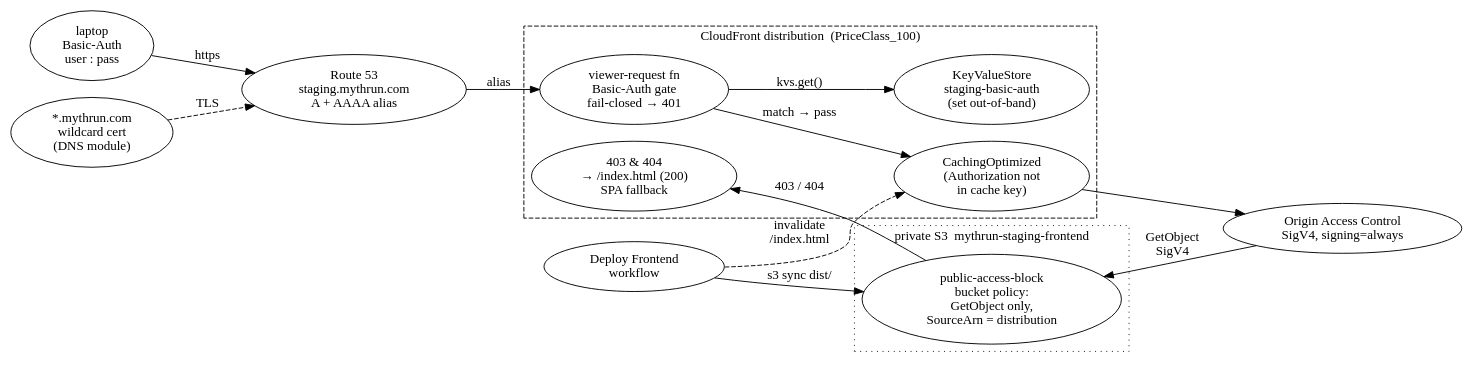
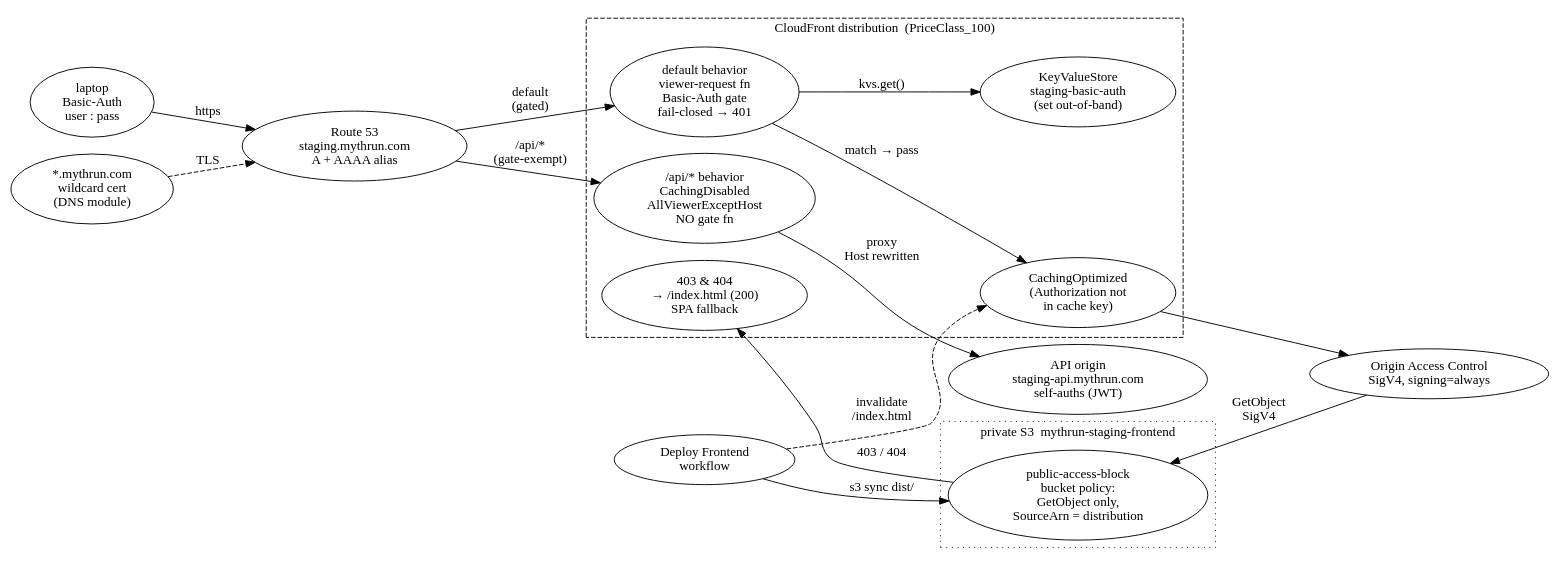
One commit to mythrun/mythrun changed the diagram in docs/wiki/diagrams/infra/frontend-hosting.dot. Above: the diagram before and after it, drawn with Graphviz. The commit also changed 17 other files, not shown here.

```diff
--- a/docs/wiki/diagrams/infra/frontend-hosting.dot
+++ b/docs/wiki/diagrams/infra/frontend-hosting.dot
@@ -1,50 +1,56 @@
 digraph frontend_hosting {
   // Gated static SPA hosting at staging.mythrun.com. A laptop hits Route 53,
-  // which aliases (A + AAAA) to a CloudFront distribution. CloudFront runs a
-  // viewer-request Basic-Auth function BEFORE the cache — it reads the expected
-  // header from a KeyValueStore and fails closed to 401. On a match the request
-  // flows through the cache to a PRIVATE S3 bucket over Origin Access Control
-  // (SigV4). A 403/404 from the bucket maps to /index.html for SPA deep links.
-  // The Deploy Frontend workflow syncs the built dist/ into the bucket and
-  // invalidates index.html.
+  // which aliases (A + AAAA) to a CloudFront distribution. The DEFAULT behavior
+  // runs a viewer-request Basic-Auth function BEFORE the cache — it reads the
+  // expected header from a KeyValueStore and fails closed to 401. On a match the
+  // request flows through the cache to a PRIVATE S3 bucket over Origin Access
+  // Control (SigV4). A 403/404 from the bucket maps to /index.html for SPA deep
+  // links. The /api/* behavior is the same-origin API proxy (MYT-84): it skips
+  // the gate (the API self-auths) and forwards to the API origin with Host
+  // rewritten, so the BFF refresh cookie is first-party. The Deploy Frontend
+  // workflow syncs the built dist/ into the bucket and invalidates index.html.
   rankdir=LR;
   compound=true;
 
   laptop [label="laptop\nBasic-Auth\nuser : pass", color="ember", fontcolor="ember"];
   dns    [label="Route 53\nstaging.mythrun.com\nA + AAAA alias"];
   cert   [label="*.mythrun.com\nwildcard cert\n(DNS module)"];
 
   subgraph cluster_cf {
     label="CloudFront distribution  (PriceClass_100)";
     style="dashed";
     color="ember";
     fontcolor="ember";
 
-    gate  [label="viewer-request fn\nBasic-Auth gate\nfail-closed → 401", color="ember", fontcolor="ember"];
+    gate  [label="default behavior\nviewer-request fn\nBasic-Auth gate\nfail-closed → 401", color="ember", fontcolor="ember"];
     kvs   [label="KeyValueStore\nstaging-basic-auth\n(set out-of-band)"];
     cache [label="CachingOptimized\n(Authorization not\nin cache key)"];
     err   [label="403 & 404\n→ /index.html (200)\nSPA fallback"];
+    apibehav [label="/api/* behavior\nCachingDisabled\nAllViewerExceptHost\nNO gate fn"];
   }
 
   oac   [label="Origin Access Control\nSigV4, signing=always"];
+  api   [label="API origin\nstaging-api.mythrun.com\nself-auths (JWT)", color="ember", fontcolor="ember"];
 
   subgraph cluster_s3 {
     label="private S3  mythrun-staging-frontend";
     style="dotted";
 
     bucket [label="public-access-block\nbucket policy:\nGetObject only,\nSourceArn = distribution"];
   }
 
   deploy [label="Deploy Frontend\nworkflow", color="ember", fontcolor="ember"];
 
   laptop -> dns    [label="https"];
-  dns    -> gate   [label="alias"];
+  dns    -> gate    [label="default\n(gated)"];
+  dns    -> apibehav [label="/api/*\n(gate-exempt)"];
   cert   -> dns    [label="TLS", style=dashed];
   gate   -> kvs    [label="kvs.get()"];
   gate   -> cache  [label="match → pass"];
   cache  -> oac;
   oac    -> bucket [label="GetObject\nSigV4"];
   bucket -> err    [label="403 / 404"];
+  apibehav -> api  [label="proxy\nHost rewritten"];
   deploy -> bucket [label="s3 sync dist/"];
   deploy -> cache  [label="invalidate\n/index.html", style=dashed];
 }
```
